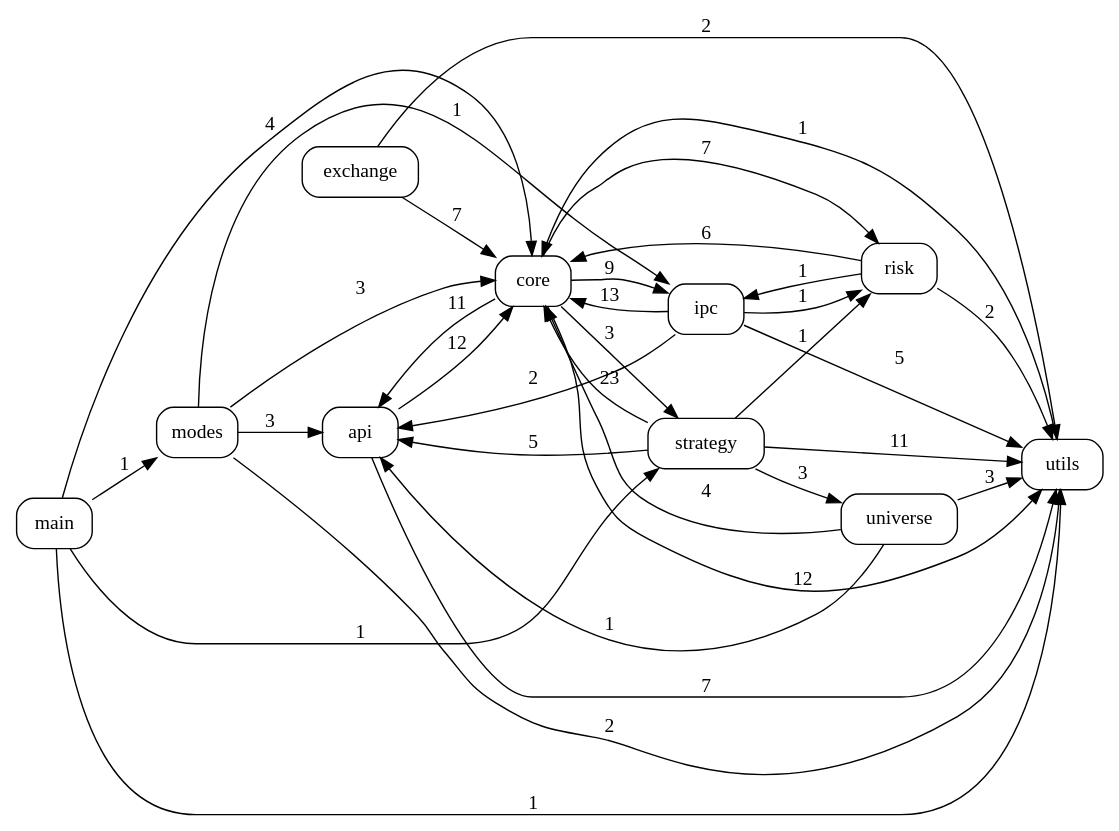
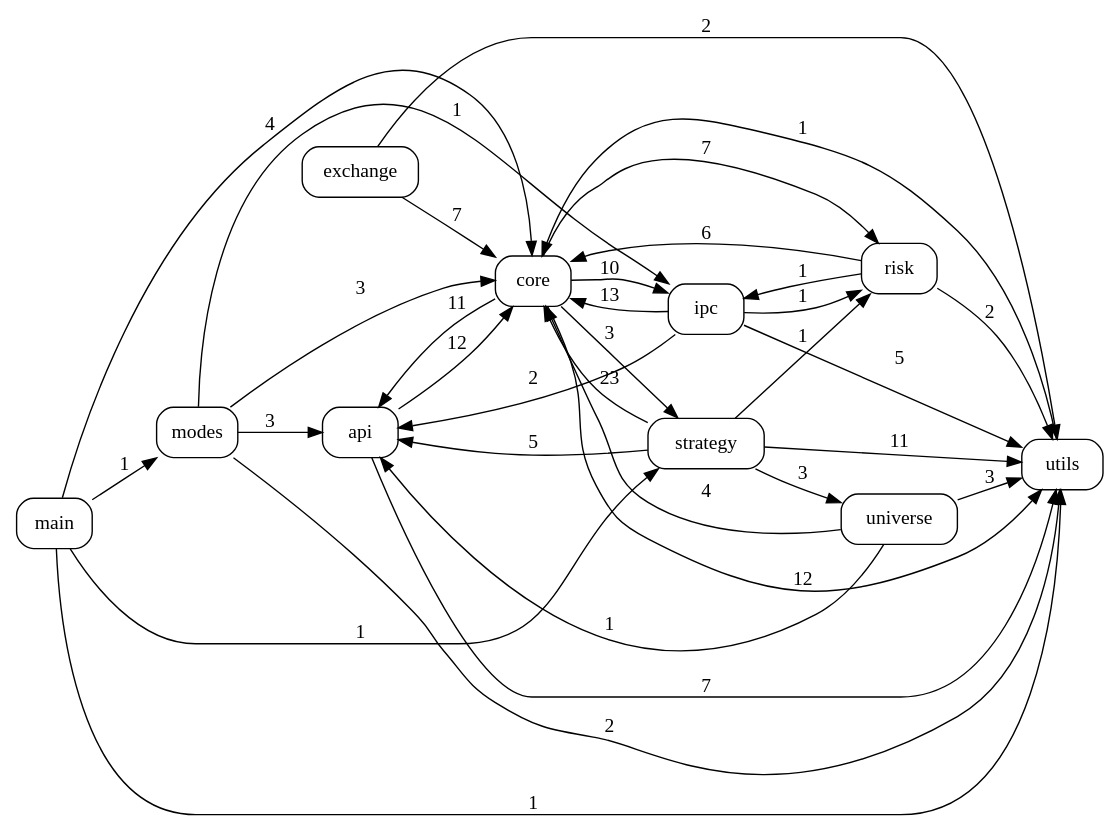
One commit to pypy8171/Quant changed the diagram in docs/code_graph.dot. Above: the diagram before and after it, drawn with Graphviz. The commit also changed 12 other files, not shown here.

```diff
--- a/docs/code_graph.dot
+++ b/docs/code_graph.dot
@@ -1,47 +1,47 @@
 digraph code_graph {
   rankdir=LR;
   node [shape=box, style=rounded, fontname="Consolas"];
   "api";
   "core";
   "exchange";
   "ipc";
   "main";
   "modes";
   "risk";
   "strategy";
   "universe";
   "utils";
   "api" -> "core" [label="12"];
   "api" -> "utils" [label="7"];
   "core" -> "api" [label="11"];
-  "core" -> "ipc" [label="9"];
+  "core" -> "ipc" [label="10"];
   "core" -> "risk" [label="7"];
   "core" -> "strategy" [label="3"];
   "core" -> "utils" [label="12"];
   "exchange" -> "core" [label="7"];
   "exchange" -> "utils" [label="2"];
   "ipc" -> "api" [label="2"];
   "ipc" -> "core" [label="13"];
   "ipc" -> "risk" [label="1"];
   "ipc" -> "utils" [label="5"];
   "main" -> "core" [label="4"];
   "main" -> "modes" [label="1"];
   "main" -> "strategy" [label="1"];
   "main" -> "utils" [label="1"];
   "modes" -> "api" [label="3"];
   "modes" -> "core" [label="3"];
   "modes" -> "ipc" [label="1"];
   "modes" -> "utils" [label="2"];
   "risk" -> "core" [label="6"];
   "risk" -> "ipc" [label="1"];
   "risk" -> "utils" [label="2"];
   "strategy" -> "api" [label="5"];
   "strategy" -> "core" [label="23"];
   "strategy" -> "risk" [label="1"];
   "strategy" -> "universe" [label="3"];
   "strategy" -> "utils" [label="11"];
   "universe" -> "api" [label="1"];
   "universe" -> "core" [label="4"];
   "universe" -> "utils" [label="3"];
   "utils" -> "core" [label="1"];
 }
```
